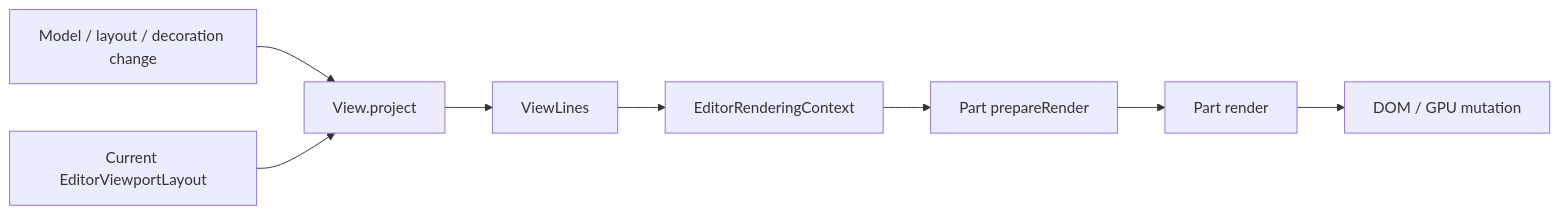
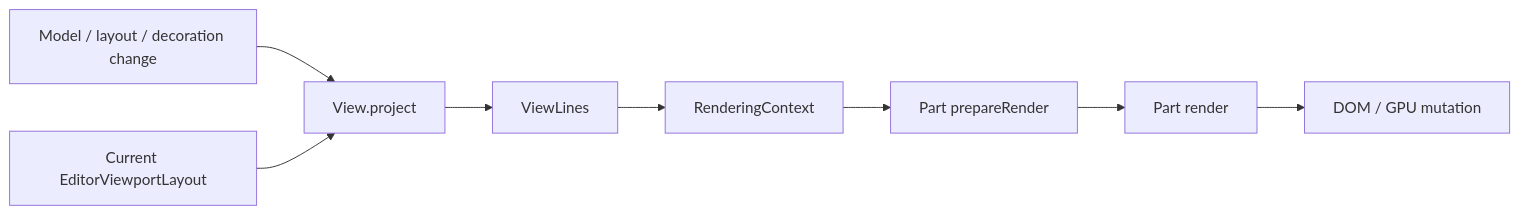
One commit to chogng/zeta changed the second of 2 diagrams in zeta-ts/src/zeta/editor/text-engine.md. Above: the diagram before and after it, drawn with Mermaid. The commit also changed other lines of this file and 39 other files, not shown here.

First line of the commit message:
refactor: unify rendering context and streamline view parts

````diff
--- a/zeta-ts/src/zeta/editor/text-engine.md
+++ b/zeta-ts/src/zeta/editor/text-engine.md
@@ -101,10 +101,10 @@
 ```mermaid
 flowchart LR
     Change[Model / layout / decoration change] --> Project[View.project]
     Layout[Current EditorViewportLayout] --> Project
     Project --> Lines[ViewLines]
-    Lines --> Context[EditorRenderingContext]
+    Lines --> Context[RenderingContext]
     Context --> Prepare[Part prepareRender]
     Prepare --> Parts[Part render]
     Parts --> DOM[DOM / GPU mutation]
 ```
````
